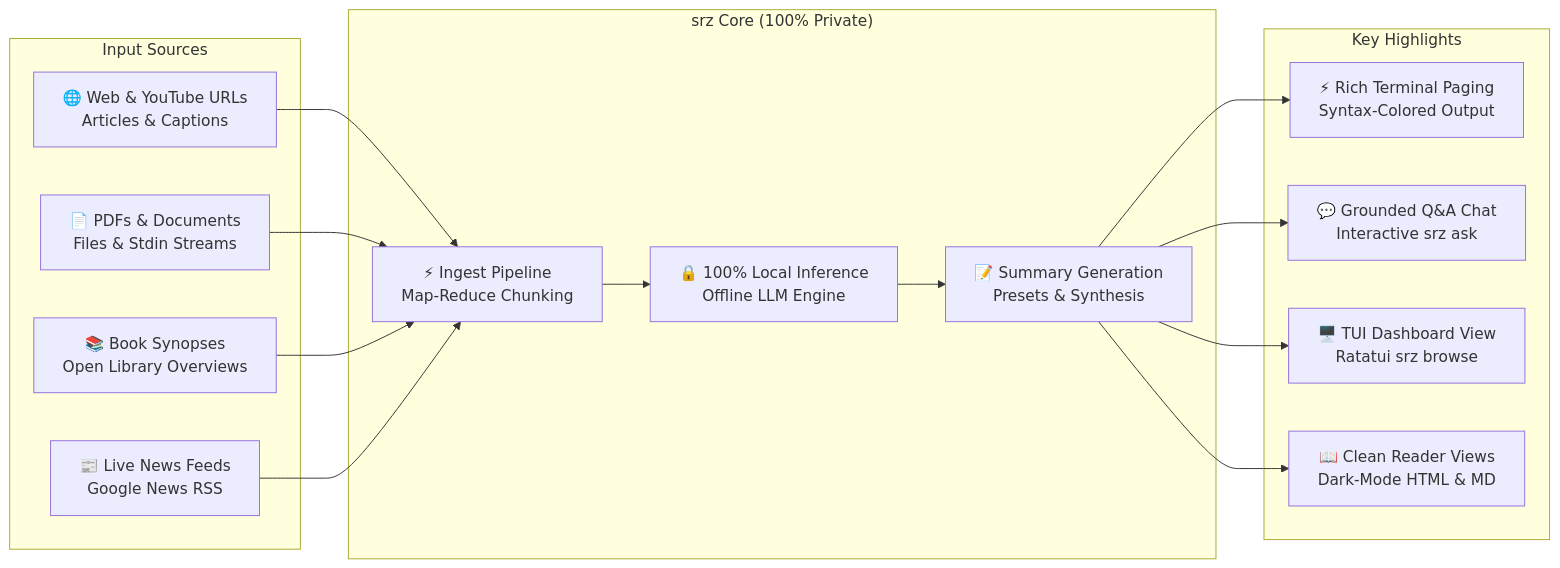
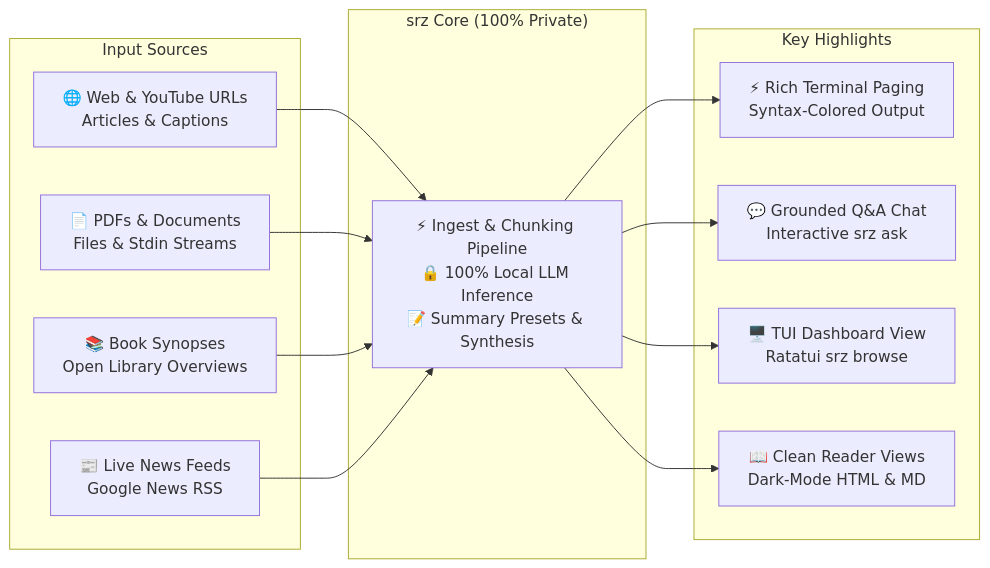
The diagram in README.md (NewGuy012/srz), drawn with Mermaid before and after one commit. The commit also changed 4 other files, not shown here.

````diff
--- a/README.md
+++ b/README.md
@@ -19,35 +19,31 @@
 ```mermaid
 %%{init: {"flowchart": {"minNodeWidth": 210, "minNodeHeight": 54}}}%%
 flowchart LR
     subgraph Sources["Input Sources"]
         S1["🌐 Web & YouTube URLs\nArticles & Captions"]
         S2["📄 PDFs & Documents\nFiles & Stdin Streams"]
         S3["📚 Book Synopses\nOpen Library Overviews"]
         S4["📰 Live News Feeds\nGoogle News RSS"]
     end
 
     subgraph Core["srz Core (100% Private)"]
-        E1["⚡ Ingest Pipeline\nMap-Reduce Chunking"]
-        E2["🔒 100% Local Inference\nOffline LLM Engine"]
-        E3["📝 Summary Generation\nPresets & Synthesis"]
-        E1 --> E2
-        E2 --> E3
+        C["⚡ Ingest & Chunking Pipeline\n🔒 100% Local LLM Inference\n📝 Summary Presets & Synthesis"]
     end
 
     subgraph Highlights["Key Highlights"]
         H1["⚡ Rich Terminal Paging\nSyntax-Colored Output"]
         H2["💬 Grounded Q&A Chat\nInteractive srz ask"]
         H3["🖥️ TUI Dashboard View\nRatatui srz browse"]
         H4["📖 Clean Reader Views\nDark-Mode HTML & MD"]
     end
 
-    S1 --> E1
-    S2 --> E1
-    S3 --> E1
-    S4 --> E1
+    S1 --> C
+    S2 --> C
+    S3 --> C
+    S4 --> C
 
-    E3 --> H1
-    E3 --> H2
-    E3 --> H3
-    E3 --> H4
+    C --> H1
+    C --> H2
+    C --> H3
+    C --> H4
 ```
````
